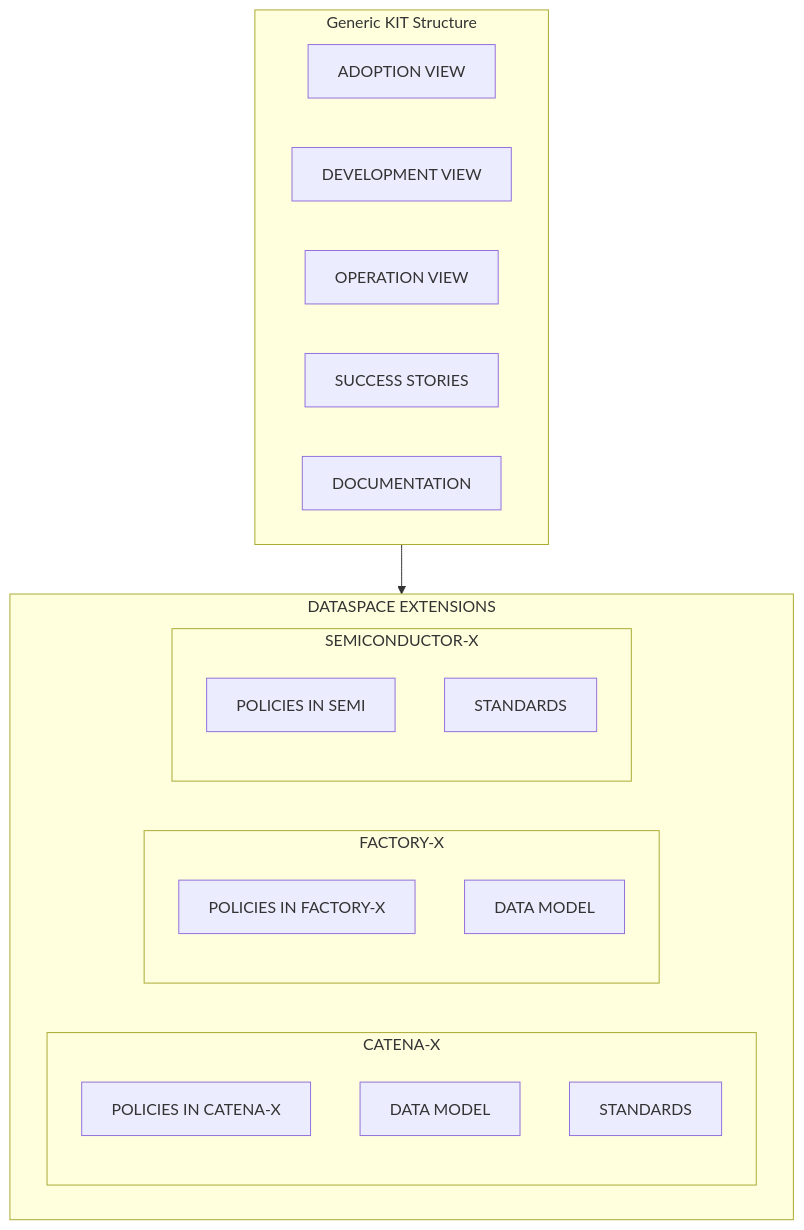
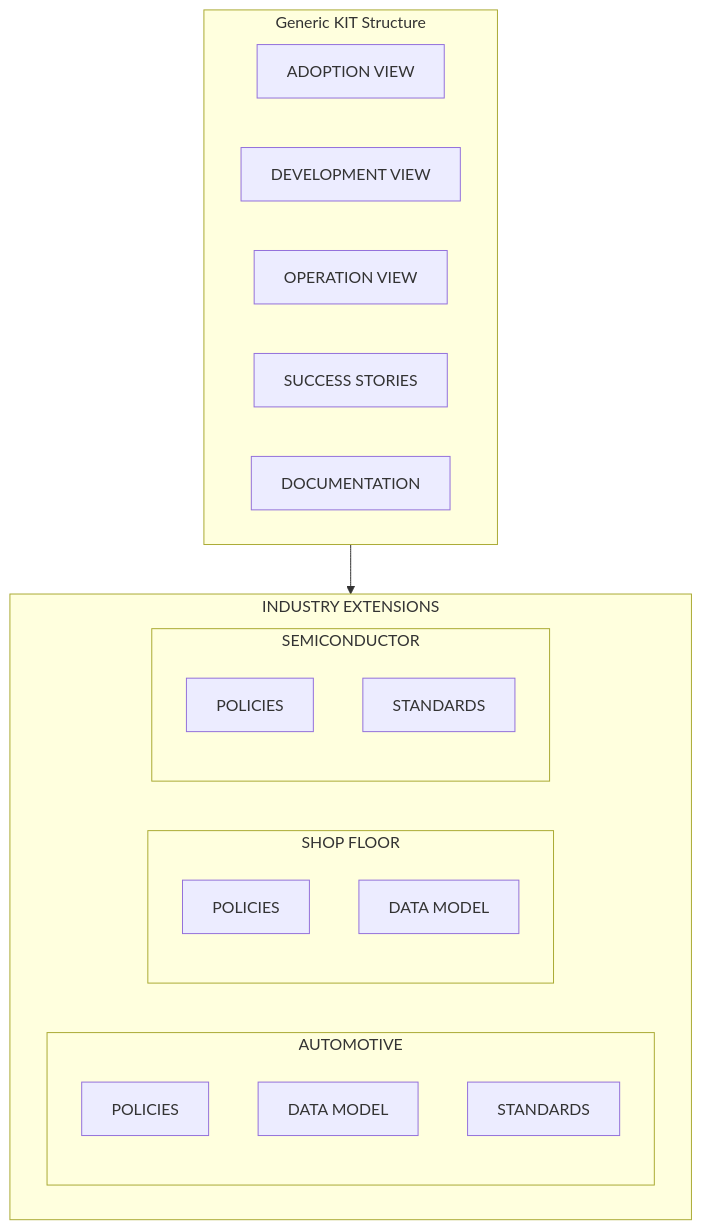
Before and after one commit to eclipse-tractusx/eclipse-tractusx.github.io: the diagram in documentation/kit-framework.mdx, drawn with Mermaid. The commit also changed other lines of this file and 4 other files, not shown here.

````diff
--- a/documentation/kit-framework.mdx
+++ b/documentation/kit-framework.mdx
@@ -379,31 +526,31 @@
 ```mermaid
 flowchart TD
     subgraph Generic["   Generic KIT Structure   "]
         AV["  ADOPTION VIEW  "]
         DV["  DEVELOPMENT VIEW  "]
         OV["  OPERATION VIEW  "]
         SS["  SUCCESS STORIES  "]
         DOC["  DOCUMENTATION  "]
     end
     
-    subgraph DSE["   DATASPACE EXTENSIONS   "]
-        subgraph CX["   CATENA-X   "]
-            CX_POL["  POLICIES IN CATENA-X  "]
-            CX_DM["  DATA MODEL  "]
-            CX_STD["  STANDARDS  "]
+    subgraph IE["   INDUSTRY EXTENSIONS   "]
+        subgraph AUTO["   AUTOMOTIVE   "]
+            AUTO_POL["  POLICIES  "]
+            AUTO_DM["  DATA MODEL  "]
+            AUTO_STD["  STANDARDS  "]
         end
         
-        subgraph FX["   FACTORY-X   "]
-            FX_POL["  POLICIES IN FACTORY-X  "]
-            FX_DM["  DATA MODEL  "]
+        subgraph SF["   SHOP FLOOR   "]
+            SF_POL["  POLICIES  "]
+            SF_DM["  DATA MODEL  "]
         end
         
-        subgraph SX["   SEMICONDUCTOR-X   "]
-            SX_POL["  POLICIES IN SEMI  "]
-            SX_STD["  STANDARDS  "]
+        subgraph SEMI["   SEMICONDUCTOR   "]
+            SEMI_POL["  POLICIES  "]
+            SEMI_STD["  STANDARDS  "]
         end
     end
     
-    Generic --> DSE
+    Generic --> IE
     
 ```
````
